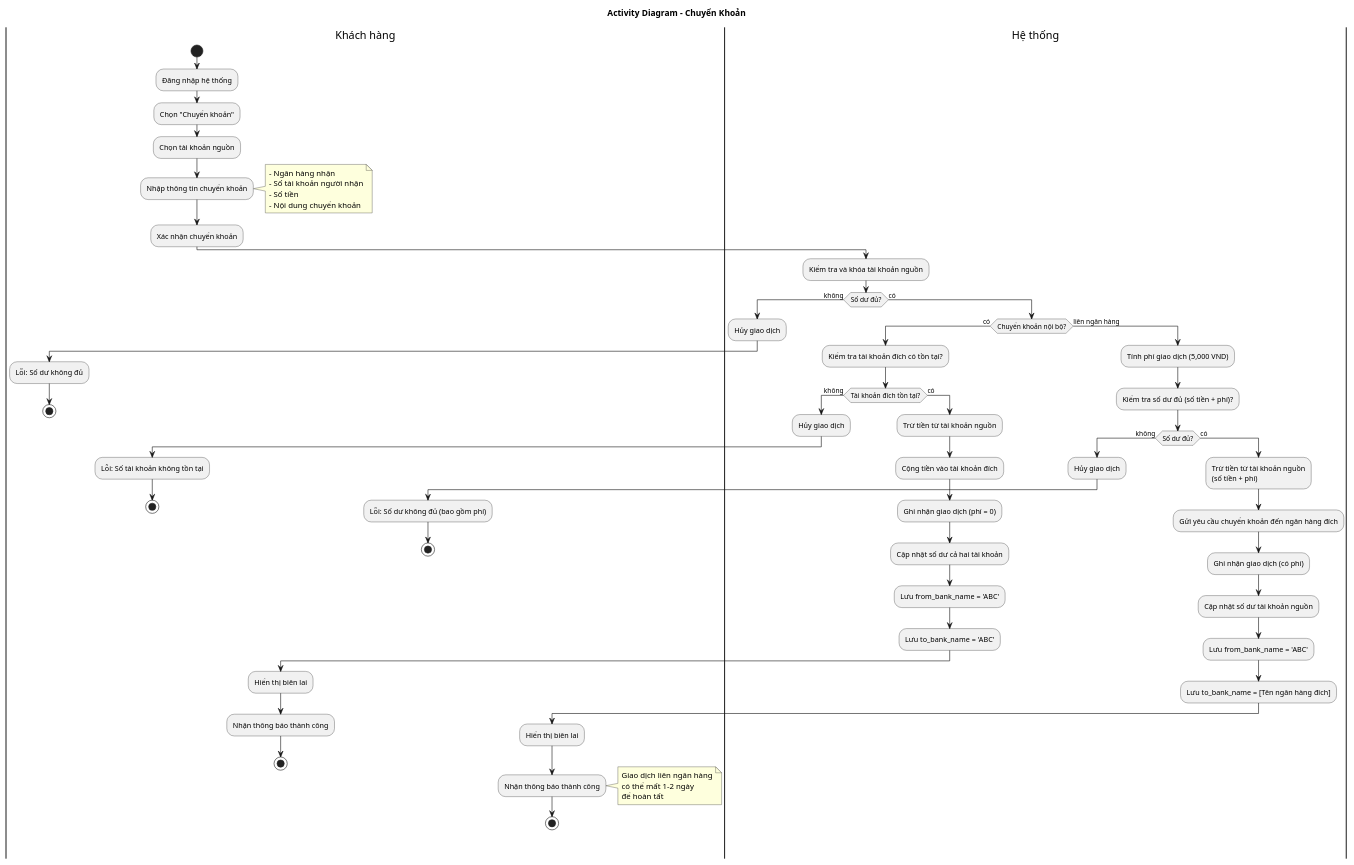
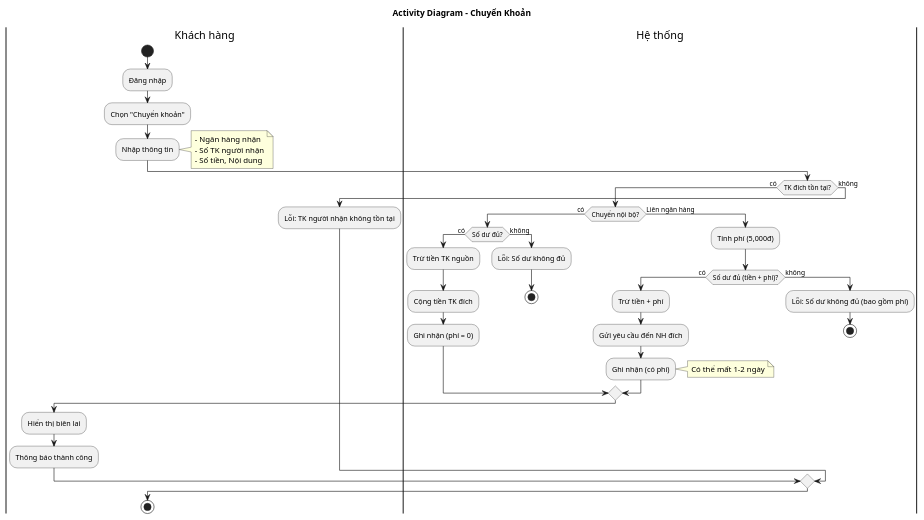
The diagram in diagrams/activity/03-chuyen-khoan.puml (Bang334/nganhang), drawn with PlantUML before and after one commit. The commit also changed 168 other files, not shown here.

```diff
--- a/diagrams/activity/03-chuyen-khoan.puml
+++ b/diagrams/activity/03-chuyen-khoan.puml
@@ -1,84 +1,49 @@
 @startuml Chuyển Khoản
 title Activity Diagram - Chuyển Khoản
 
 |Khách hàng|
 start
-:Đăng nhập hệ thống;
+:Đăng nhập;
 :Chọn "Chuyển khoản";
-:Chọn tài khoản nguồn;
-:Nhập thông tin chuyển khoản;
+:Nhập thông tin;
 note right
 - Ngân hàng nhận
-- Số tài khoản người nhận
-- Số tiền
-- Nội dung chuyển khoản
+- Số TK người nhận
+- Số tiền, Nội dung
 end note
 
-:Xác nhận chuyển khoản;
-
 |Hệ thống|
-:Kiểm tra và khóa tài khoản nguồn;
-
-if (Số dư đủ?) then (không)
-  :Hủy giao dịch;
-  |Khách hàng|
-  :Lỗi: Số dư không đủ;
-  stop
-else (có)
-  |Hệ thống|
-  
-  if (Chuyển khoản nội bộ?) then (có)
-    :Kiểm tra tài khoản đích có tồn tại?;
-    
-    if (Tài khoản đích tồn tại?) then (không)
-      :Hủy giao dịch;
-      |Khách hàng|
-      :Lỗi: Số tài khoản không tồn tại;
-      stop
-    else (có)
-      |Hệ thống|
-      :Trừ tiền từ tài khoản nguồn;
-      :Cộng tiền vào tài khoản đích;
-      :Ghi nhận giao dịch (phí = 0);
-      :Cập nhật số dư cả hai tài khoản;
-      :Lưu from_bank_name = 'ABC';
-      :Lưu to_bank_name = 'ABC';
-      
-      |Khách hàng|
-      :Hiển thị biên lai;
-      :Nhận thông báo thành công;
+if (TK đích tồn tại?) then (có)
+  if (Chuyển nội bộ?) then (có)
+    if (Số dư đủ?) then (có)
+      :Trừ tiền TK nguồn;
+      :Cộng tiền TK đích;
+      :Ghi nhận (phí = 0);
+    else (không)
+      :Lỗi: Số dư không đủ;
       stop
     endif
-  else (liên ngân hàng)
-    |Hệ thống|
-    :Tính phí giao dịch (5,000 VND);
-    :Kiểm tra số dư đủ (số tiền + phí)?;
-    
-    if (Số dư đủ?) then (không)
-      :Hủy giao dịch;
-      |Khách hàng|
+  else (Liên ngân hàng)
+    :Tính phí (5,000đ);
+    if (Số dư đủ (tiền + phí)?) then (có)
+      :Trừ tiền + phí;
+      :Gửi yêu cầu đến NH đích;
+      :Ghi nhận (có phí);
+      note right
+      Có thể mất 1-2 ngày
+      end note
+    else (không)
       :Lỗi: Số dư không đủ (bao gồm phí);
-      stop
-    else (có)
-      |Hệ thống|
-      :Trừ tiền từ tài khoản nguồn\n(số tiền + phí);
-      :Gửi yêu cầu chuyển khoản đến ngân hàng đích;
-      :Ghi nhận giao dịch (có phí);
-      :Cập nhật số dư tài khoản nguồn;
-      :Lưu from_bank_name = 'ABC';
-      :Lưu to_bank_name = [Tên ngân hàng đích];
-      
-      |Khách hàng|
-      :Hiển thị biên lai;
-      :Nhận thông báo thành công;
-      note right
-      Giao dịch liên ngân hàng
-      có thể mất 1-2 ngày
-      để hoàn tất
-      end note
       stop
     endif
   endif
+  
+  |Khách hàng|
+  :Hiển thị biên lai;
+  :Thông báo thành công;
+else (không)
+  :Lỗi: TK người nhận không tồn tại;
 endif
+stop
 
 @enduml
```
